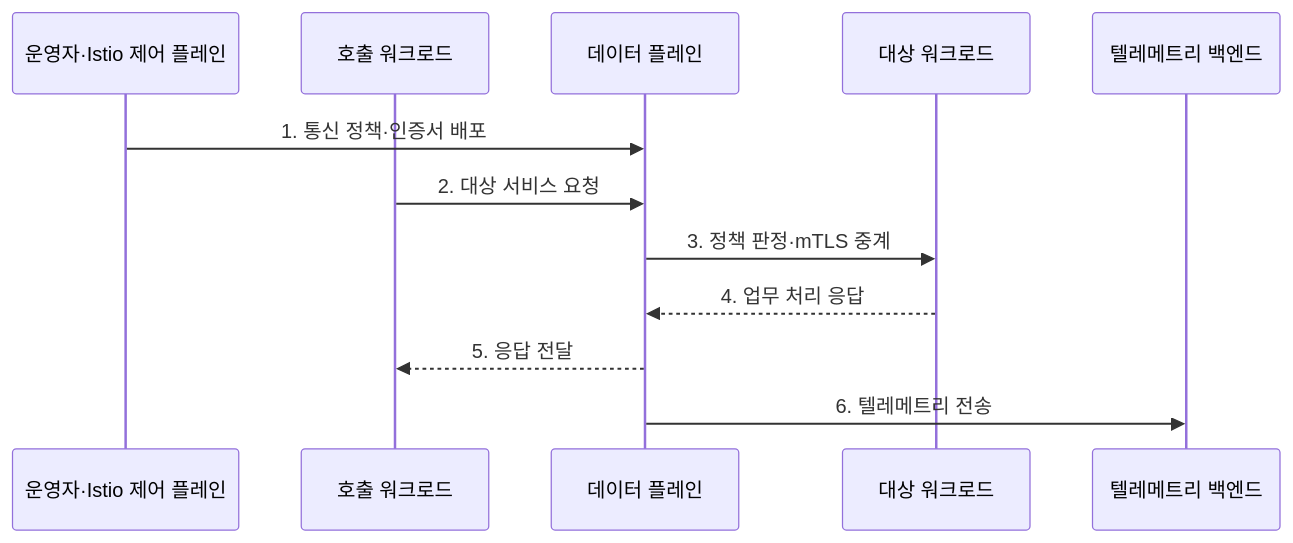
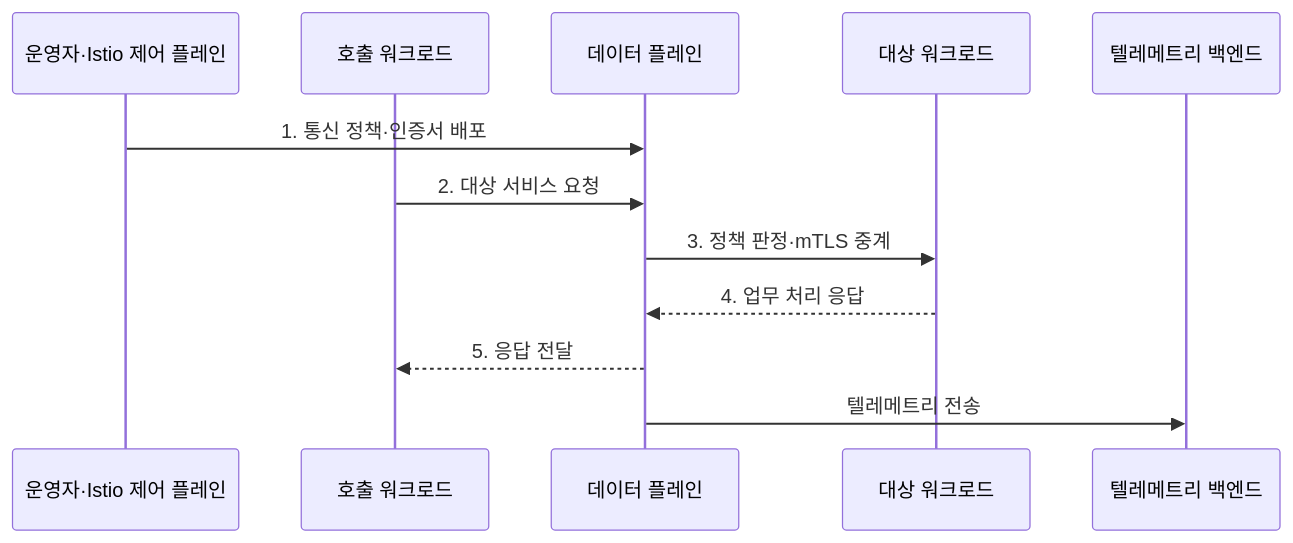
One commit to agnusdei1207/knowledge-base changed the second of 2 diagrams in src/content/docs/notes/03-software/042_service_mesh.md. Above: the diagram before and after it, drawn with Mermaid. The commit also changed other lines of this file and 238 other files, not shown here.

````diff
--- a/src/content/docs/notes/03-software/042_service_mesh.md
+++ b/src/content/docs/notes/03-software/042_service_mesh.md
@@ -92,14 +95,14 @@
 ```mermaid
 sequenceDiagram
     participant O as 운영자·Istio 제어 플레인
     participant W as 호출 워크로드
     participant D as 데이터 플레인
     participant S as 대상 워크로드
     participant T as 텔레메트리 백엔드
     O->>D: 1. 통신 정책·인증서 배포
     W->>D: 2. 대상 서비스 요청
     D->>S: 3. 정책 판정·mTLS 중계
     S-->>D: 4. 업무 처리 응답
     D-->>W: 5. 응답 전달
-    D->>T: 6. 텔레메트리 전송
+    D->>T: 텔레메트리 전송
 ```
````
